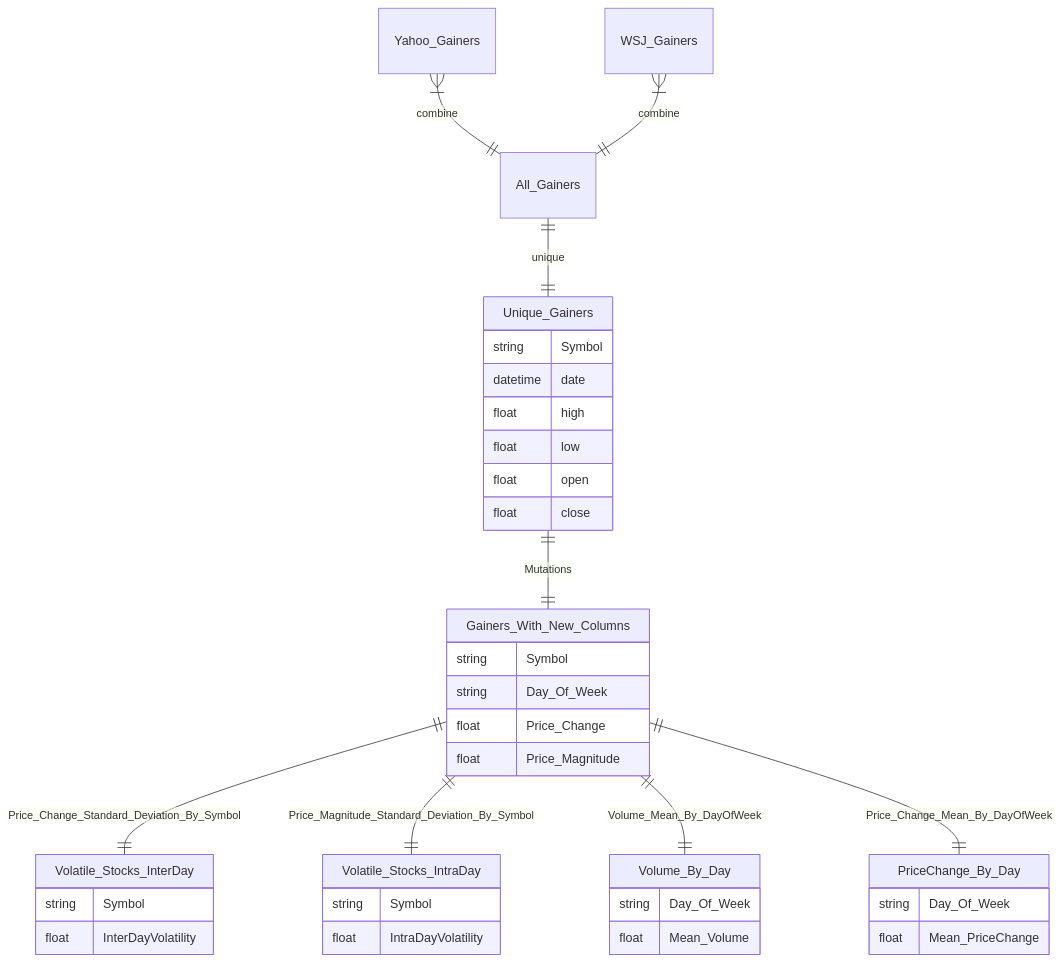
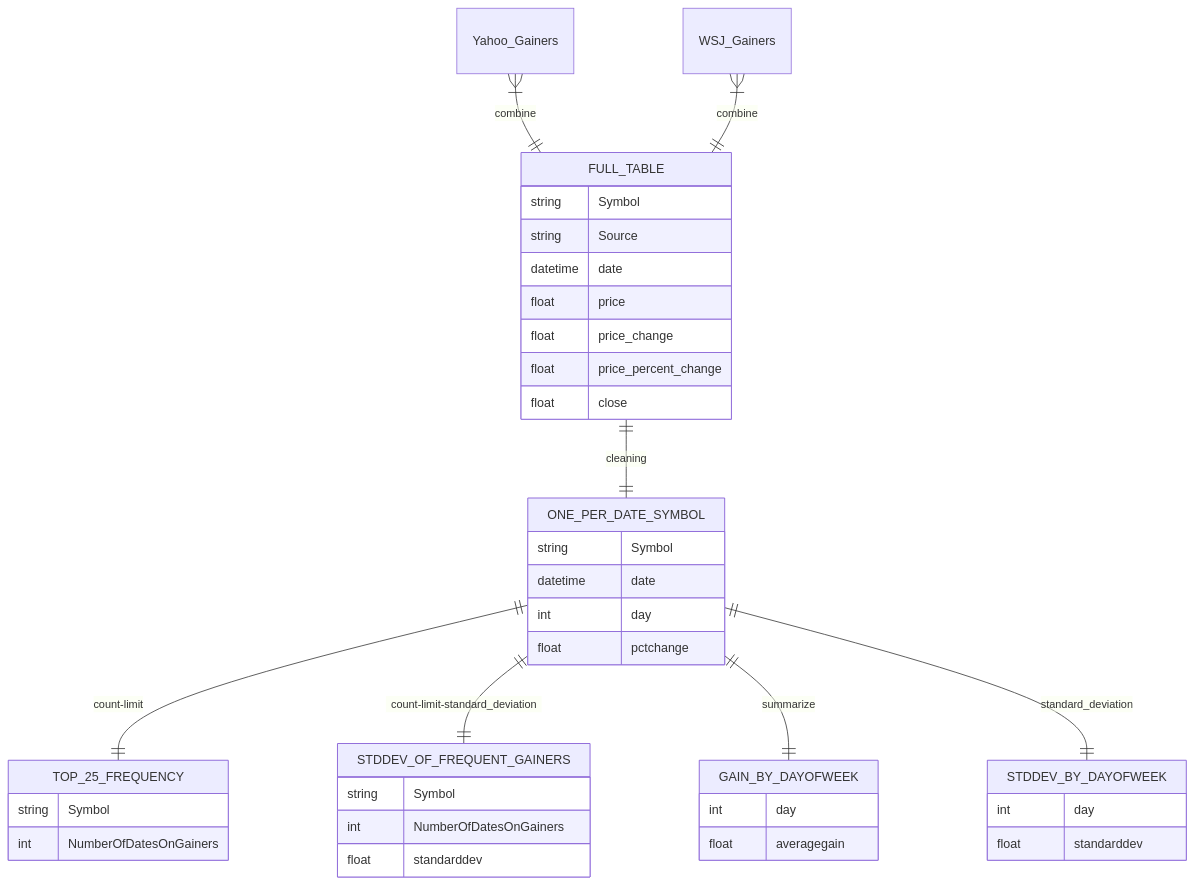
One commit to AWHerzig/SP25_DS5111_xxa4aa changed the diagram in ERD.md. Above: the diagram before and after it, drawn with Mermaid.

````diff
--- a/ERD.md
+++ b/ERD.md
@@ -1,41 +1,42 @@
 ```mermaid
 erDiagram
-    Yahoo_Gainers }|--|| All_Gainers : combine
-    WSJ_Gainers }|--|| All_Gainers : combine
-    All_Gainers ||--|| Unique_Gainers : unique
-    Unique_Gainers {
+    Yahoo_Gainers }|--|| FULL_TABLE : combine
+    WSJ_Gainers }|--|| FULL_TABLE : combine
+    FULL_TABLE {
+      string Symbol
+      string Source
+      datetime date
+      float price
+      float price_change
+      float price_percent_change
+      float close
+    }
+    FULL_TABLE ||--|| ONE_PER_DATE_SYMBOL : cleaning
+    ONE_PER_DATE_SYMBOL {
       string Symbol
       datetime date
-      float high
-      float low
-      float open
-      float close
+      int day
+      float pctchange
     }
-    Unique_Gainers ||--|| Gainers_With_New_Columns : Mutations
-    Gainers_With_New_Columns {
+    ONE_PER_DATE_SYMBOL ||--|| TOP_25_FREQUENCY : count-limit
+    TOP_25_FREQUENCY {
       string Symbol
-      string Day_Of_Week
-      float Price_Change
-      float Price_Magnitude
+      int NumberOfDatesOnGainers
     }
-    Gainers_With_New_Columns ||--|| Volatile_Stocks_InterDay : Price_Change_Standard_Deviation_By_Symbol
-    Volatile_Stocks_InterDay {
+    ONE_PER_DATE_SYMBOL ||--|| STDDEV_OF_FREQUENT_GAINERS : count-limit-standard_deviation
+    STDDEV_OF_FREQUENT_GAINERS {
       string Symbol
-      float InterDayVolatility
+      int NumberOfDatesOnGainers
+      float standarddev
     }
-    Gainers_With_New_Columns ||--|| Volatile_Stocks_IntraDay : Price_Magnitude_Standard_Deviation_By_Symbol
-    Volatile_Stocks_IntraDay {
-      string Symbol
-      float IntraDayVolatility
+    ONE_PER_DATE_SYMBOL ||--|| GAIN_BY_DAYOFWEEK : summarize
+    GAIN_BY_DAYOFWEEK {
+      int day
+      float averagegain
     }
-    Gainers_With_New_Columns ||--|| Volume_By_Day : Volume_Mean_By_DayOfWeek
-    Volume_By_Day {
-      string Day_Of_Week
-      float Mean_Volume
-    }
-    Gainers_With_New_Columns ||--|| PriceChange_By_Day : Price_Change_Mean_By_DayOfWeek
-    PriceChange_By_Day {
-      string Day_Of_Week
-      float Mean_PriceChange
+    ONE_PER_DATE_SYMBOL ||--|| STDDEV_BY_DAYOFWEEK : standard_deviation
+    STDDEV_BY_DAYOFWEEK {
+      int day
+      float standarddev
     }
 ```
````
